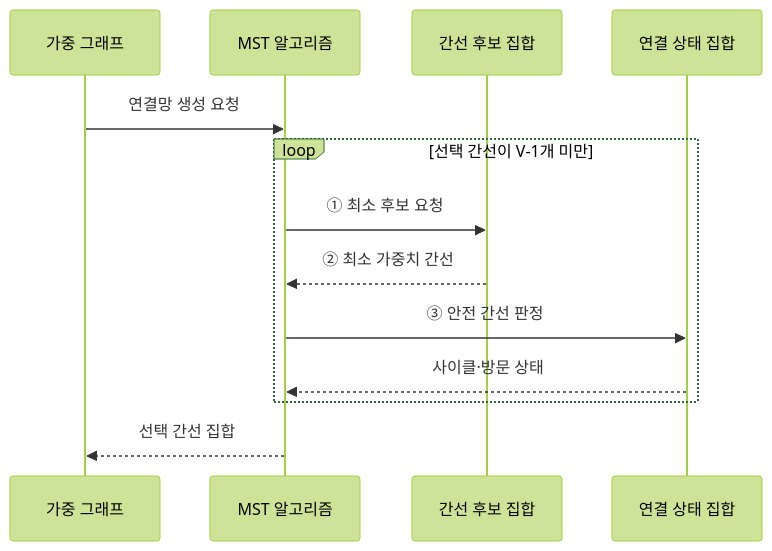
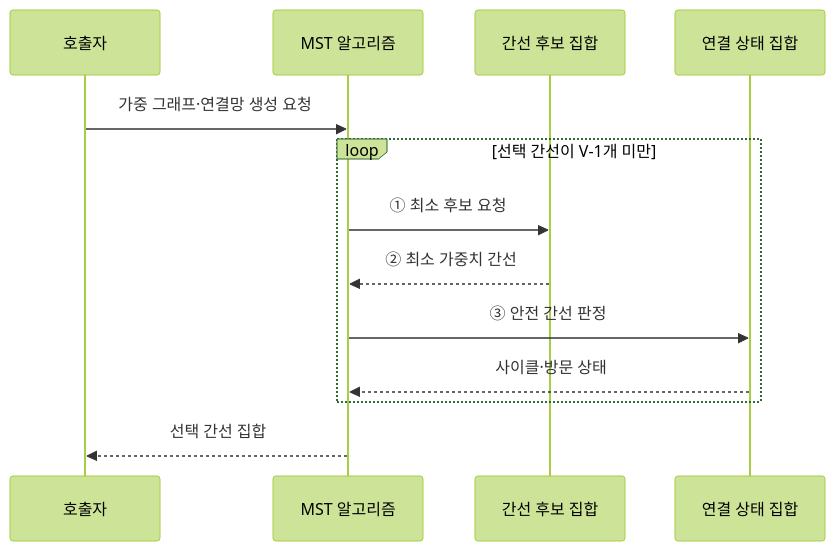
One commit to agnusdei1207/knowledge-base changed the second of 2 diagrams in src/content/docs/notes/01-basic-theory/012_minimum_spanning_tree.md. Above: the diagram before and after it, drawn with Mermaid (forest theme). The commit also changed other lines of this file and 10 other files, not shown here.

````diff
--- a/src/content/docs/notes/01-basic-theory/012_minimum_spanning_tree.md
+++ b/src/content/docs/notes/01-basic-theory/012_minimum_spanning_tree.md
@@ -93,15 +74,15 @@
 ```mermaid
 sequenceDiagram
-    participant G as 가중 그래프
+    participant Q as 호출자
     participant A as MST 알고리즘
     participant C as 간선 후보 집합
     participant S as 연결 상태 집합
-    G->>A: 연결망 생성 요청
+    Q->>A: 가중 그래프·연결망 생성 요청
     loop 선택 간선이 V-1개 미만
         A->>C: ① 최소 후보 요청
         C-->>A: ② 최소 가중치 간선
         A->>S: ③ 안전 간선 판정
         S-->>A: 사이클·방문 상태
     end
-    A-->>G: 선택 간선 집합
+    A-->>Q: 선택 간선 집합
 ```
````
